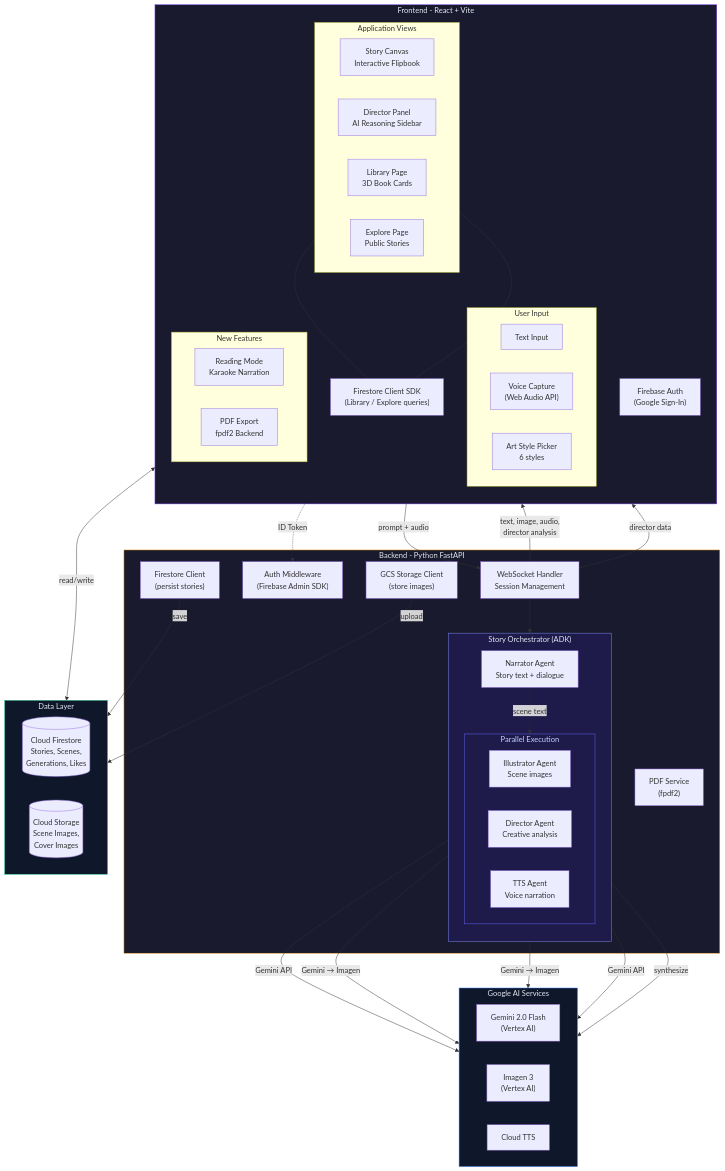
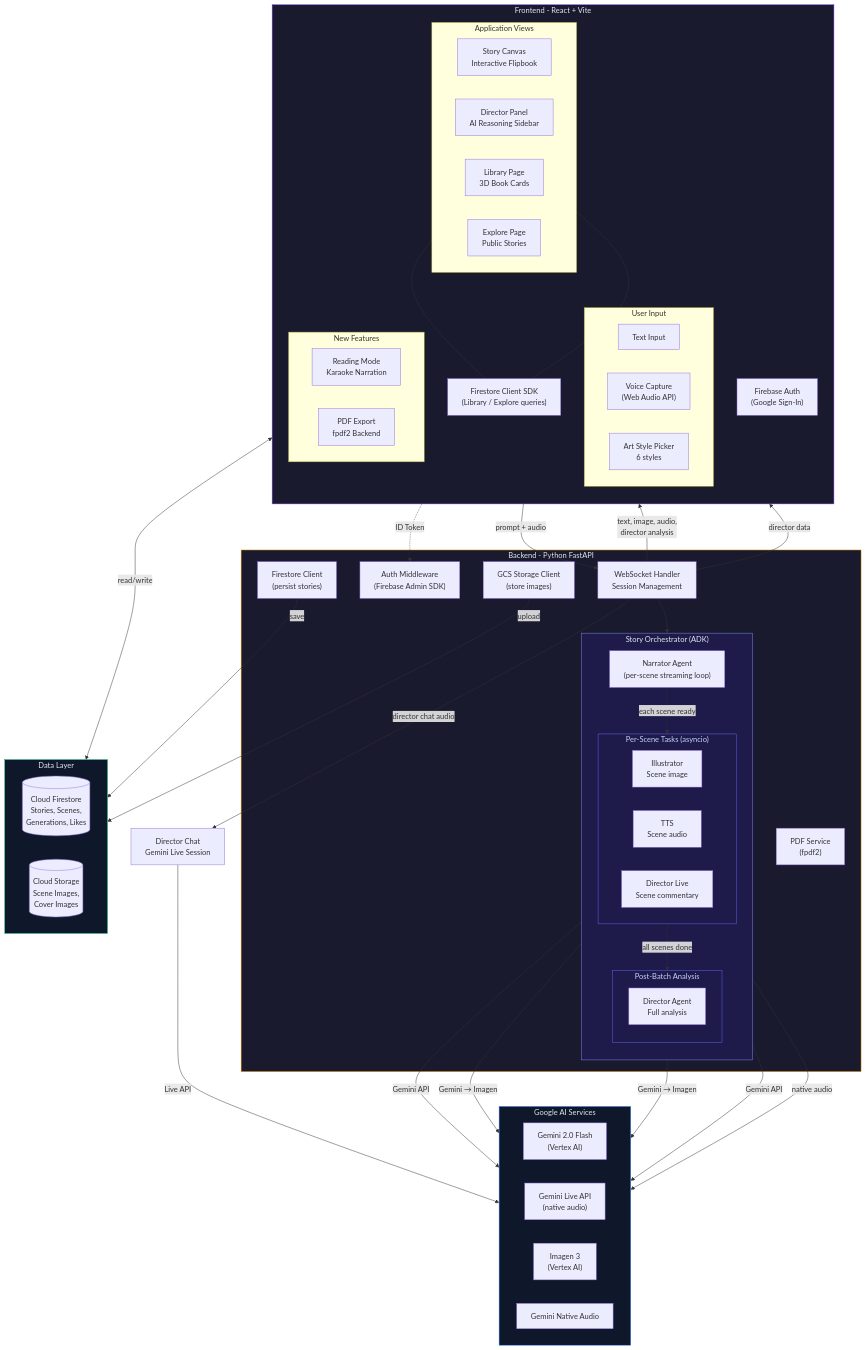
The first of 8 diagrams in README.md (Dileep2896/reveria), drawn with Mermaid before and after one commit. The commit also changed other lines of this file and 54 other files, not shown here.

````diff
--- a/README.md
+++ b/README.md
@@ -92,16 +104,21 @@
 
         subgraph Orchestrator["Story Orchestrator (ADK)"]
             direction TB
-            Narrator["Narrator Agent<br/>Story text + dialogue"]
+            Narrator["Narrator Agent<br/>(per-scene streaming loop)"]
 
-            subgraph Parallel["Parallel Execution"]
+            subgraph PerScene["Per-Scene Tasks (asyncio)"]
                 direction LR
-                Illustrator["Illustrator Agent<br/>Scene images"]
-                DirectorAgent["Director Agent<br/>Creative analysis"]
-                TTS["TTS Agent<br/>Voice narration"]
+                Illustrator["Illustrator<br/>Scene image"]
+                TTS["TTS<br/>Scene audio"]
+                DirectorLive["Director Live<br/>Scene commentary"]
             end
 
-            Narrator -->|scene text| Parallel
+            subgraph PostBatch["Post-Batch Analysis"]
+                DirectorAgent["Director Agent<br/>Full analysis"]
+            end
+
+            Narrator -->|"each scene ready"| PerScene
+            PerScene -->|"all scenes done"| PostBatch
         end
 
         Persist["Firestore Client<br/>(persist stories)"]
@@ -112,8 +129,9 @@
     subgraph Google["Google AI Services"]
         direction LR
         Gemini["Gemini 2.0 Flash<br/>(Vertex AI)"]
+        GeminiLive["Gemini Live API<br/>(native audio)"]
         Imagen["Imagen 3<br/>(Vertex AI)"]
-        CloudTTS["Cloud TTS"]
+        CloudTTS["Gemini Native Audio"]
     end
 
     subgraph Data["Data Layer"]
@@ -133,15 +151,19 @@
     Narrator -->|Gemini API| Gemini
     Illustrator -->|Gemini → Imagen| Gemini & Imagen
     DirectorAgent -->|Gemini API| Gemini
-    TTS -->|synthesize| CloudTTS
+    TTS -->|native audio| CloudTTS
 
     Persist -->|save| Firestore
     Storage -->|upload| GCS
+
+    WS -->|"director chat audio"| DirectorChat["Director Chat<br/>Gemini Live Session"]
+    DirectorChat -->|"Live API"| GeminiLive
 
     style Frontend fill:#1a1a2e,stroke:#7c3aed,color:#e2e8f0
     style Backend fill:#1a1a2e,stroke:#f59e0b,color:#e2e8f0
     style Google fill:#0f172a,stroke:#3b82f6,color:#e2e8f0
     style Data fill:#0f172a,stroke:#10b981,color:#e2e8f0
     style Orchestrator fill:#1e1b4b,stroke:#818cf8,color:#e2e8f0
-    style Parallel fill:#1e1b4b,stroke:#6366f1,color:#c7d2fe
+    style PerScene fill:#1e1b4b,stroke:#6366f1,color:#c7d2fe
+    style PostBatch fill:#1e1b4b,stroke:#6366f1,color:#c7d2fe
 ```
````
